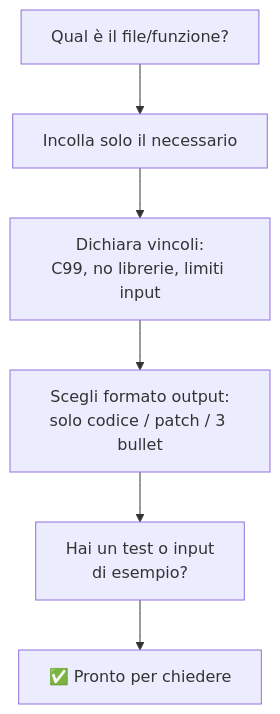
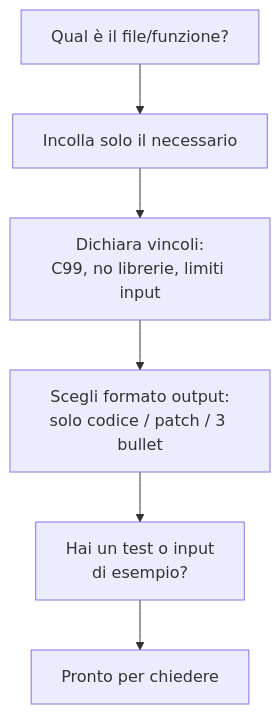
The third of 3 diagrams in pages/slides_lezione1.md (gdegani/its_slides_ai), drawn with Mermaid before and after one commit. The commit also changed other lines of this file and 1 other file, not shown here.

````diff
--- a/pages/slides_lezione1.md
+++ b/pages/slides_lezione1.md
@@ -648,8 +588,8 @@
 ```mermaid
 flowchart TD
     A["Qual è il file/funzione?"] --> B["Incolla solo il necessario"]
     B --> C["Dichiara vincoli:\nC99, no librerie, limiti input"]
     C --> D["Scegli formato output:\nsolo codice / patch / 3 bullet"]
     D --> E["Hai un test o input\ndi esempio?"]
-    E --> F["✅ Pronto per chiedere"]
+    E --> F["Pronto per chiedere"]
 ```
````
